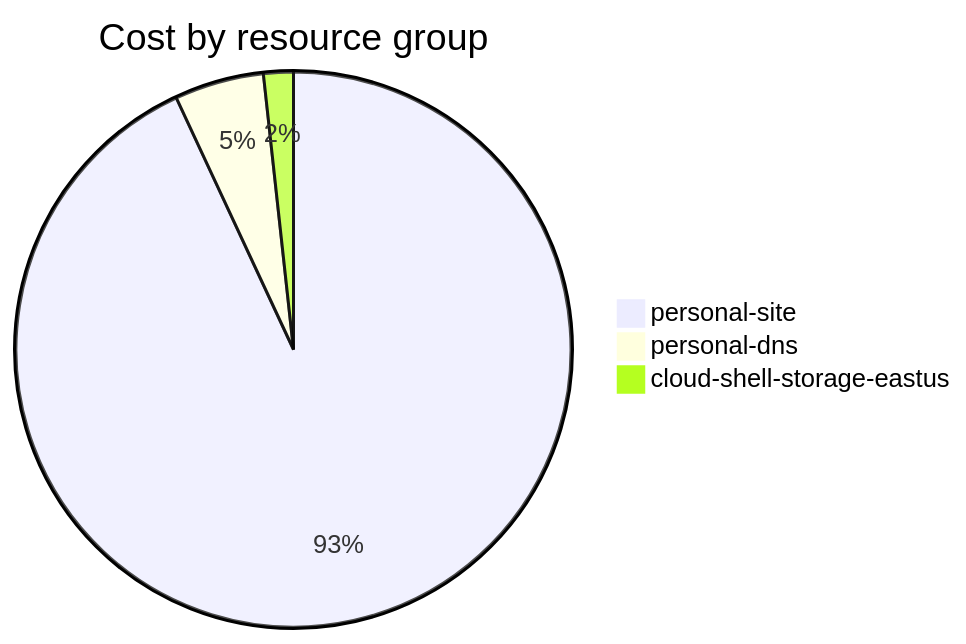
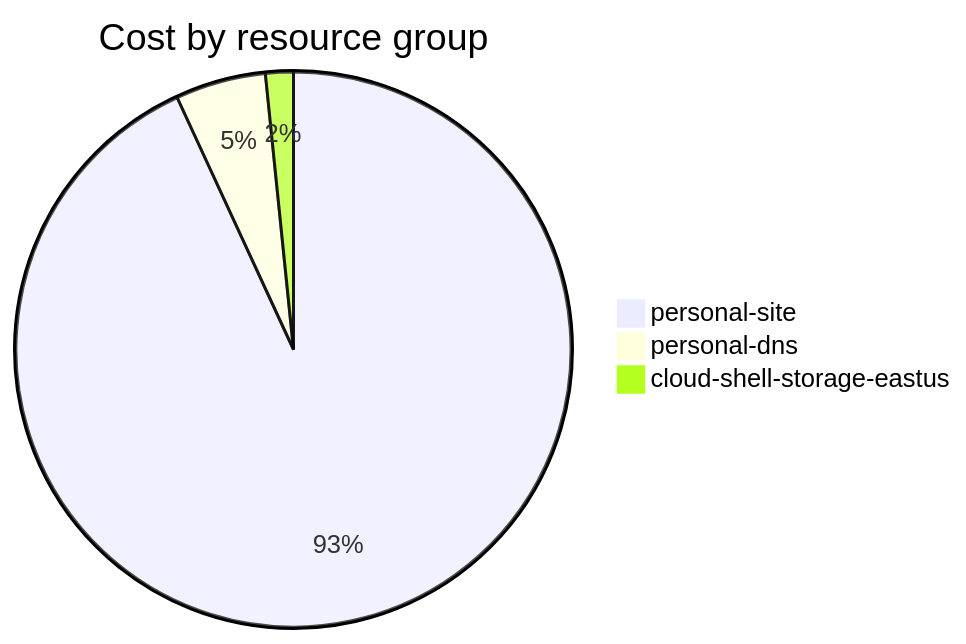
The fourth of 4 diagrams in cost-reports/accumulated-cost.md (jpfulton/azure-personal-reports), drawn with Mermaid before and after one commit. The commit also changed other lines of this file and 4 other files, not shown here.

````diff
--- a/cost-reports/accumulated-cost.md
+++ b/cost-reports/accumulated-cost.md
@@ -143,7 +143,7 @@
 ```mermaid
 pie
    title Cost by resource group
-   "personal-site" : 1.61
-   "personal-dns" : 0.09
-   "cloud-shell-storage-eastus" : 0.03
+   "personal-site" : 2.30
+   "personal-dns" : 0.13
+   "cloud-shell-storage-eastus" : 0.04
 ```
````
